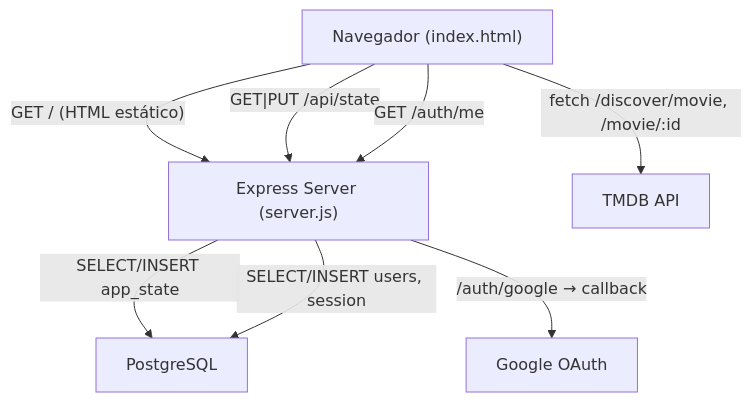
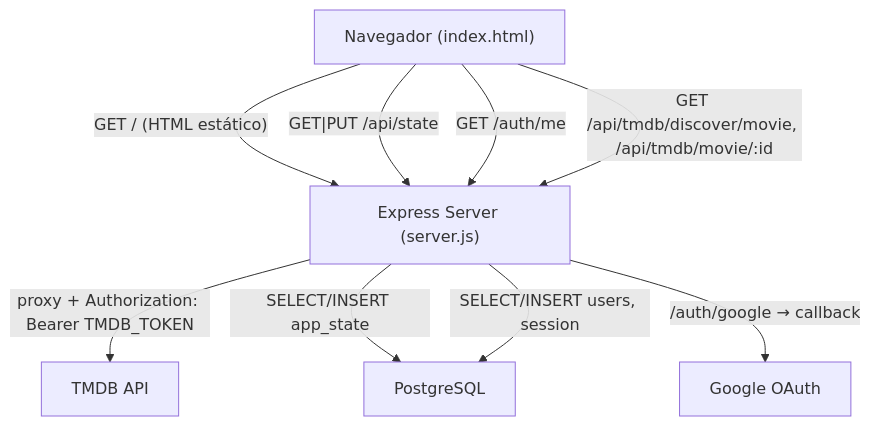
The first of 4 diagrams in README.md (lkeriluk/genealogia-cine), drawn with Mermaid before and after one commit. The commit also changed other lines of this file and 5 other files, not shown here.

First line of the commit message:
v6.45 — TMDB vía proxy del servidor; SESSION_SECRET obligatoria

````diff
--- a/README.md
+++ b/README.md
@@ -24,16 +24,17 @@
 ```mermaid
 graph TD
     Browser["Navegador (index.html)"]
     Express["Express Server (server.js)"]
     PG["PostgreSQL"]
     TMDB["TMDB API"]
     Google["Google OAuth"]
 
     Browser -- "GET / (HTML estático)" --> Express
     Browser -- "GET|PUT /api/state" --> Express
     Browser -- "GET /auth/me" --> Express
-    Browser -- "fetch /discover/movie, /movie/:id" --> TMDB
+    Browser -- "GET /api/tmdb/discover/movie, /api/tmdb/movie/:id" --> Express
+    Express -- "proxy + Authorization: Bearer TMDB_TOKEN" --> TMDB
     Express -- "SELECT/INSERT app_state" --> PG
     Express -- "SELECT/INSERT users, session" --> PG
     Express -- "/auth/google → callback" --> Google
 ```
````
